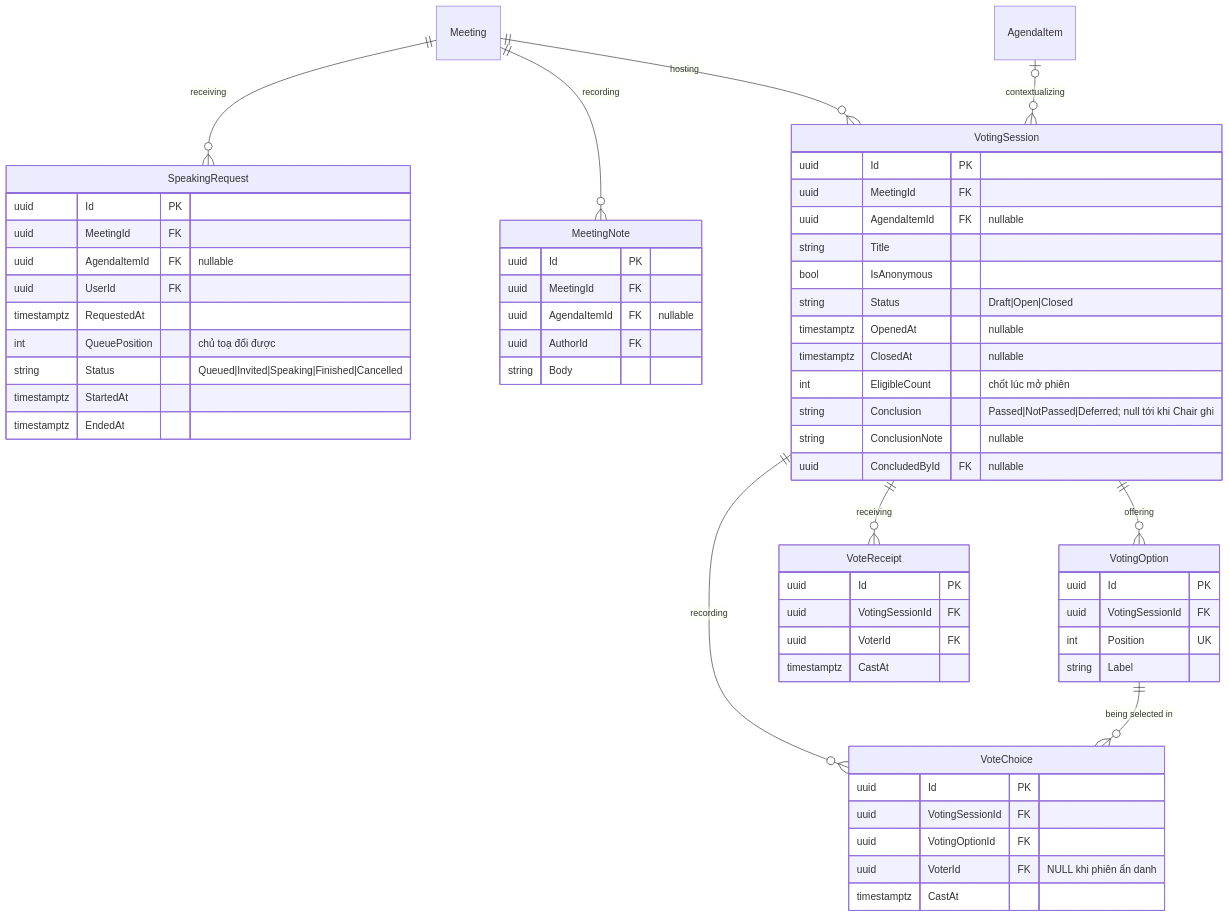
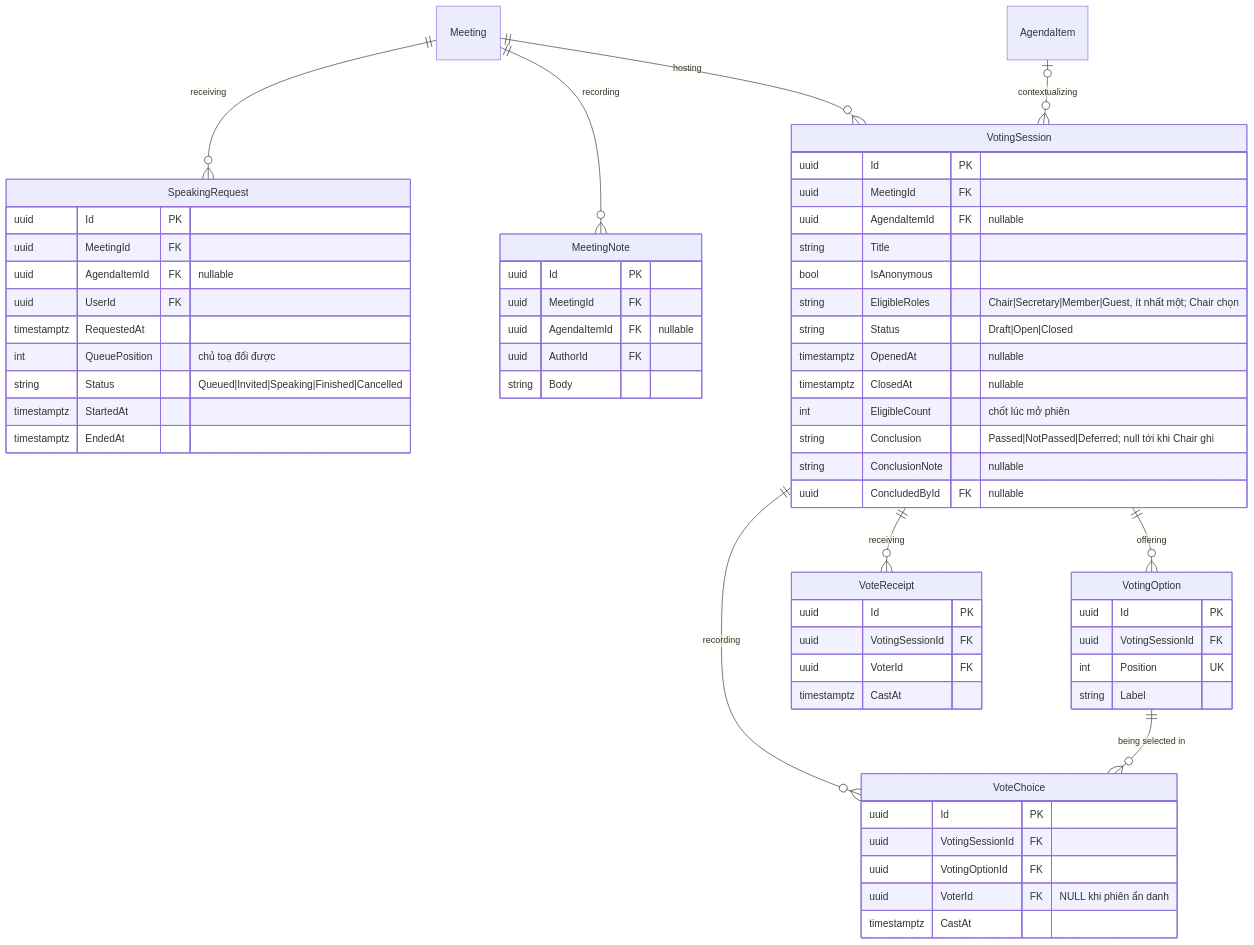
One commit to callmehai/FU-FA26-G116 changed the third of 6 diagrams in docs/02-design/02-erd.md. Above: the diagram before and after it, drawn with Mermaid. The commit also changed other lines of this file and 30 other files, not shown here.

````diff
--- a/docs/02-design/02-erd.md
+++ b/docs/02-design/02-erd.md
@@ -245,63 +263,64 @@
 ```mermaid
 erDiagram
     Meeting ||--o{ SpeakingRequest : "receiving"
     Meeting ||--o{ MeetingNote : "recording"
     Meeting ||--o{ VotingSession : "hosting"
     AgendaItem o|--o{ VotingSession : "contextualizing"
     VotingSession ||--o{ VotingOption : "offering"
     VotingSession ||--o{ VoteReceipt : "receiving"
     VotingSession ||--o{ VoteChoice : "recording"
     VotingOption ||--o{ VoteChoice : "being selected in"
 
     SpeakingRequest {
         uuid Id PK
         uuid MeetingId FK
         uuid AgendaItemId FK "nullable"
         uuid UserId FK
         timestamptz RequestedAt
         int QueuePosition "chủ toạ đổi được"
         string Status "Queued|Invited|Speaking|Finished|Cancelled"
         timestamptz StartedAt
         timestamptz EndedAt
     }
     MeetingNote {
         uuid Id PK
         uuid MeetingId FK
         uuid AgendaItemId FK "nullable"
         uuid AuthorId FK
         string Body
     }
     VotingSession {
         uuid Id PK
         uuid MeetingId FK
         uuid AgendaItemId FK "nullable"
         string Title
         bool IsAnonymous
+        string EligibleRoles "Chair|Secretary|Member|Guest, ít nhất một; Chair chọn"
         string Status "Draft|Open|Closed"
         timestamptz OpenedAt "nullable"
         timestamptz ClosedAt "nullable"
         int EligibleCount "chốt lúc mở phiên"
         string Conclusion "Passed|NotPassed|Deferred; null tới khi Chair ghi"
         string ConclusionNote "nullable"
         uuid ConcludedById FK "nullable"
     }
     VotingOption {
         uuid Id PK
         uuid VotingSessionId FK
         int Position UK
         string Label
     }
     VoteReceipt {
         uuid Id PK
         uuid VotingSessionId FK
         uuid VoterId FK
         timestamptz CastAt
     }
     VoteChoice {
         uuid Id PK
         uuid VotingSessionId FK
         uuid VotingOptionId FK
         uuid VoterId FK "NULL khi phiên ẩn danh"
         timestamptz CastAt
     }
 ```
````
